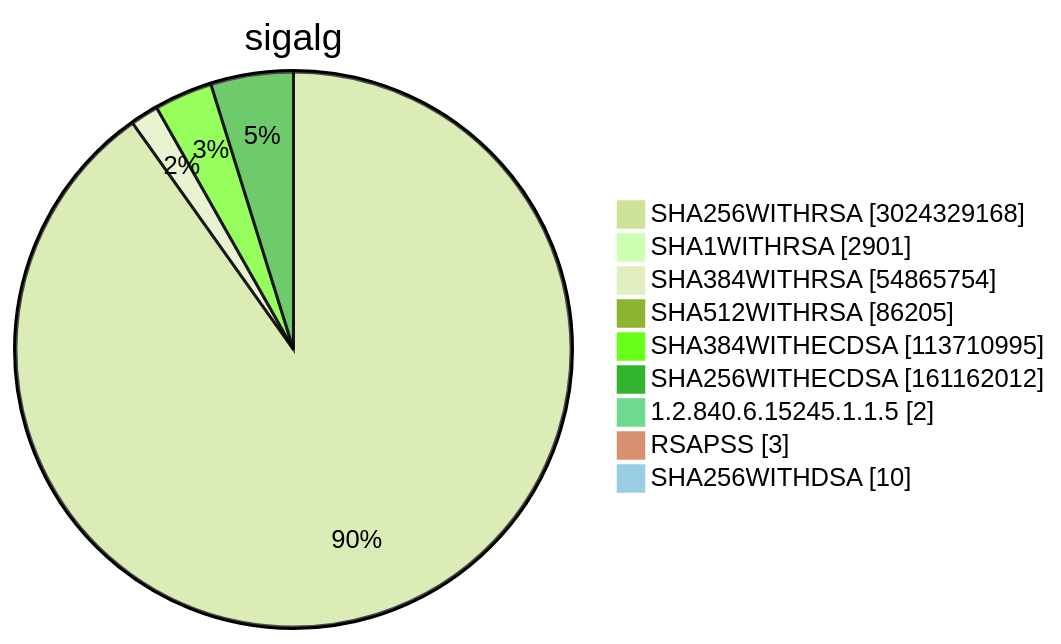
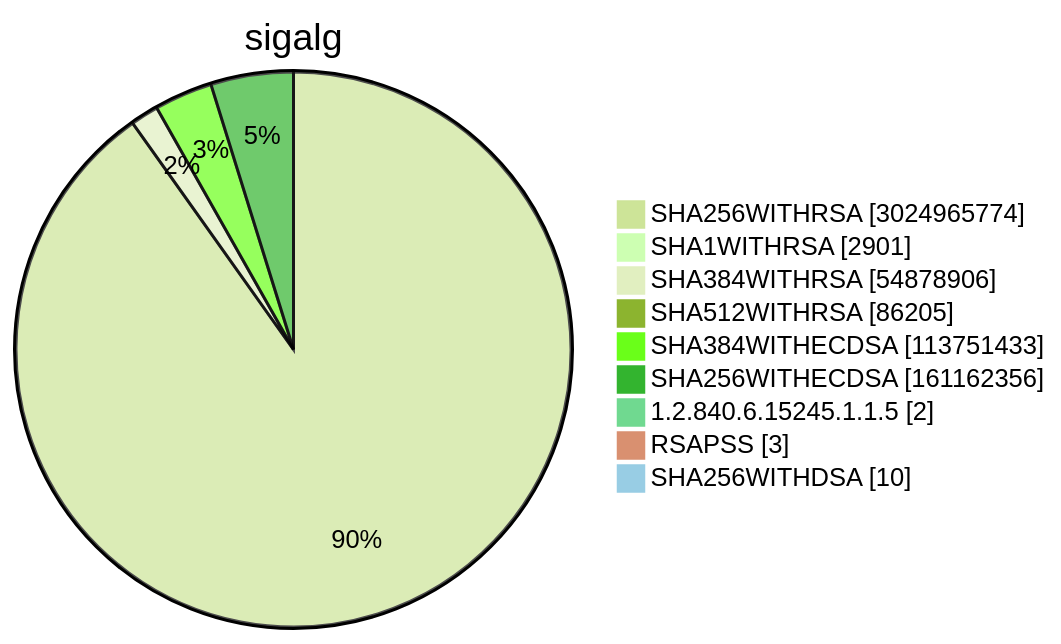
One commit to christiankrug/ctmonitor_visualization changed diagram 15 of 15 in TOTAL/README.md. Above: the diagram before and after it, drawn with Mermaid (forest theme). The commit also changed other lines of this file, not shown here.

````diff
--- a/TOTAL/README.md
+++ b/TOTAL/README.md
@@ -6208,13 +6208,13 @@
 ```mermaid
 pie showData
 title sigalg
-"SHA256WITHRSA" :3024329168
+"SHA256WITHRSA" :3024965774
 "SHA1WITHRSA" :2901
-"SHA384WITHRSA" :54865754
+"SHA384WITHRSA" :54878906
 "SHA512WITHRSA" :86205
-"SHA384WITHECDSA" :113710995
-"SHA256WITHECDSA" :161162012
+"SHA384WITHECDSA" :113751433
+"SHA256WITHECDSA" :161162356
 "1.2.840.6.15245.1.1.5" :2
 "RSAPSS" :3
 "SHA256WITHDSA" :10
 ```
````
